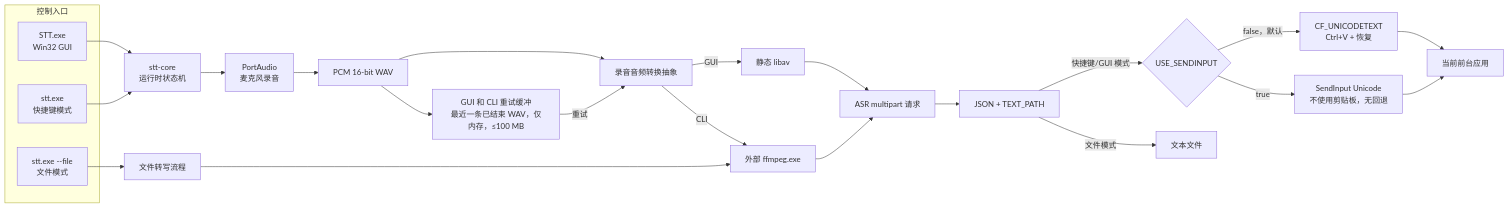
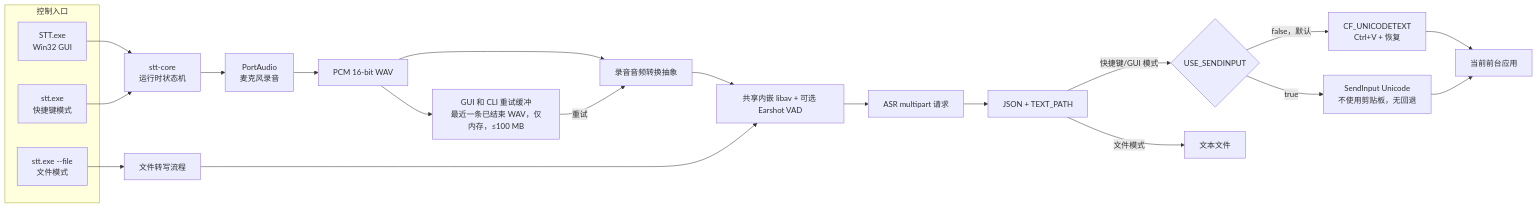
The first of 3 diagrams in README_ZH.md (Joey-Kot/STT-for-Windows), drawn with Mermaid before and after one commit. The commit also changed other lines of this file and 28 other files, not shown here.

Commit message:
fix(ci): 补齐内嵌 FFmpeg 与 VAD 的配套代码及 CI 配置

````diff
--- a/README_ZH.md
+++ b/README_ZH.md
@@ -67,33 +66,31 @@
 ```mermaid
 flowchart LR
     subgraph Entry["控制入口"]
         GUI["STT.exe<br/>Win32 GUI"]
         CLI["stt.exe<br/>快捷键模式"]
         FileMode["stt.exe --file<br/>文件模式"]
     end
 
     GUI --> Runtime["stt-core<br/>运行时状态机"]
     CLI --> Runtime
     FileMode --> FilePipeline["文件转写流程"]
 
     Runtime --> Recorder["PortAudio<br/>麦克风录音"]
     Recorder --> WAV["PCM 16-bit WAV"]
 
     WAV --> Convert["录音音频转换抽象"]
     WAV --> RetryBuffer["GUI 和 CLI 重试缓冲<br/>最近一条已结束 WAV，仅内存，≤100 MB"]
     RetryBuffer -->|重试| Convert
-    Convert -->|GUI| LibAv["静态 libav"]
-    Convert -->|CLI| FFmpeg["外部 ffmpeg.exe"]
-    FilePipeline --> FFmpeg
+    Convert --> LibAv["共享内嵌 libav + 可选 Earshot VAD"]
+    FilePipeline --> LibAv
 
     LibAv --> Request["ASR multipart 请求"]
-    FFmpeg --> Request
     Request --> Extract["JSON + TEXT_PATH"]
 
     Extract -->|快捷键/GUI 模式| Channel{USE_SENDINPUT}
     Channel -->|false，默认| Clipboard["CF_UNICODETEXT<br/>Ctrl+V + 恢复"]
     Channel -->|true| Unicode["SendInput Unicode<br/>不使用剪贴板，无回退"]
     Clipboard --> App["当前前台应用"]
     Unicode --> App
     Extract -->|文件模式| TextFile["文本文件"]
 ```
````
